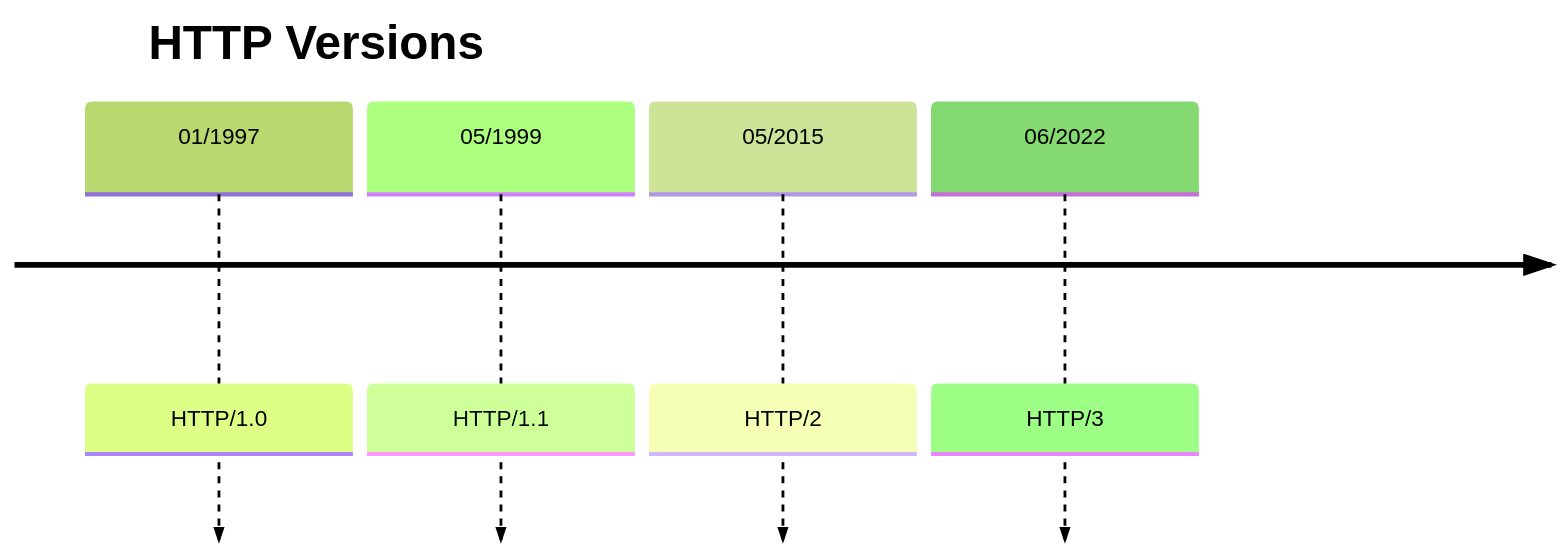
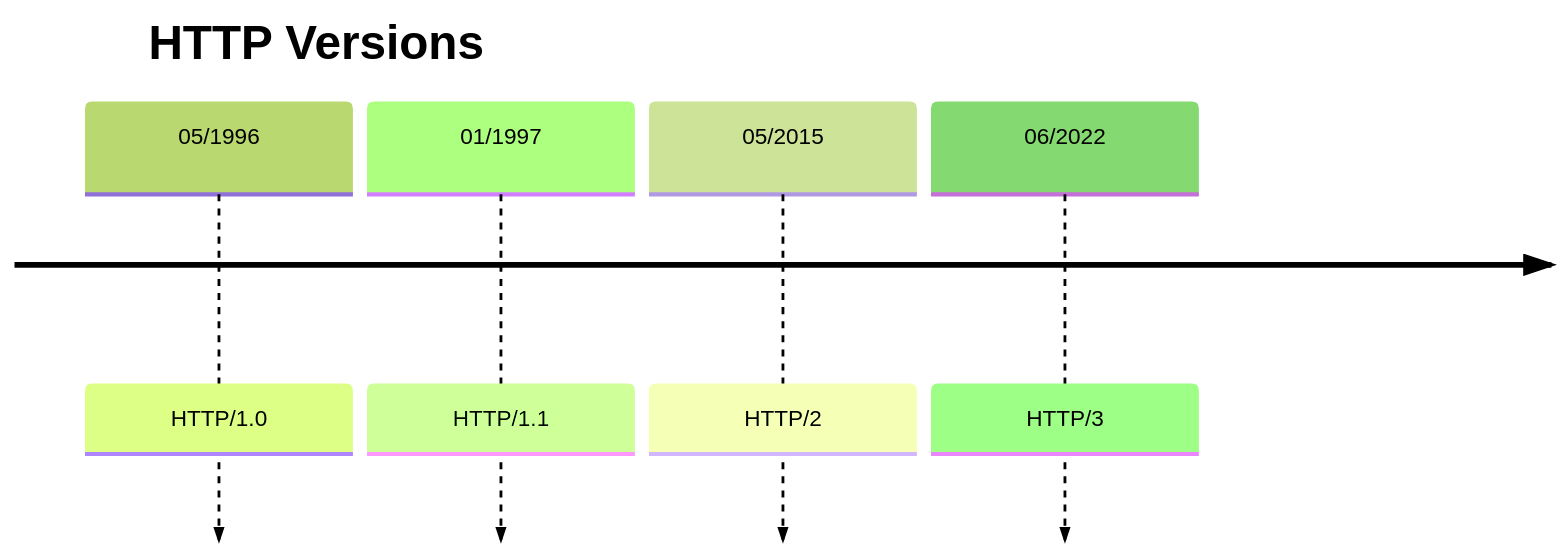
The third of 3 diagrams in lectures/10a-intro-to-network.md (adaskin/sysprog-course), drawn with Mermaid (forest theme) before and after one commit. The commit also changed other lines of this file and 8 other files, not shown here.

First line of the commit message:
Update networking lectures 10a-10c: fixes, Rust, robust sockets, diagrams

````diff
--- a/lectures/10a-intro-to-network.md
+++ b/lectures/10a-intro-to-network.md
@@ -293,8 +310,8 @@
 ```mermaid
 timeline
     title HTTP Versions
-    01/1997 : HTTP/1.0
-    05/1999 : HTTP/1.1
+    05/1996 : HTTP/1.0
+    01/1997 : HTTP/1.1
     05/2015 : HTTP/2
     06/2022 : HTTP/3
 ```
````
